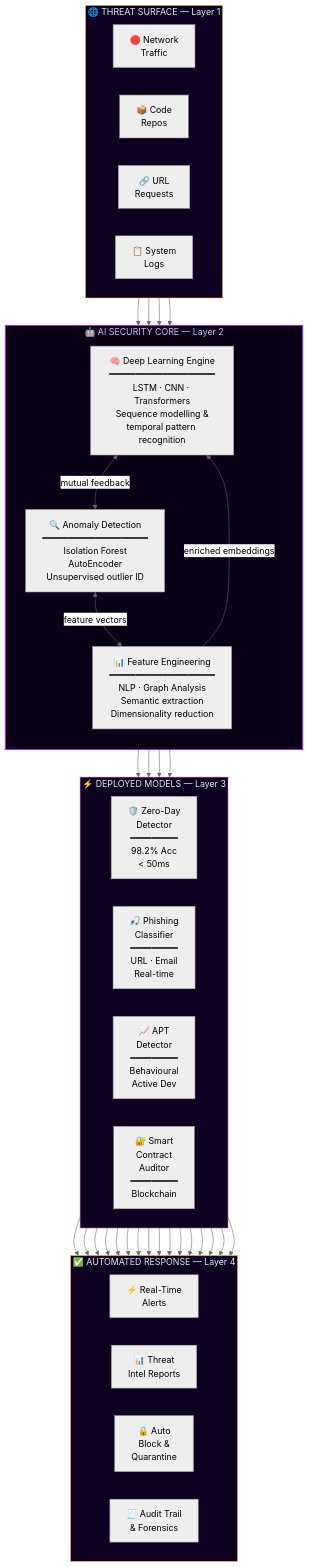
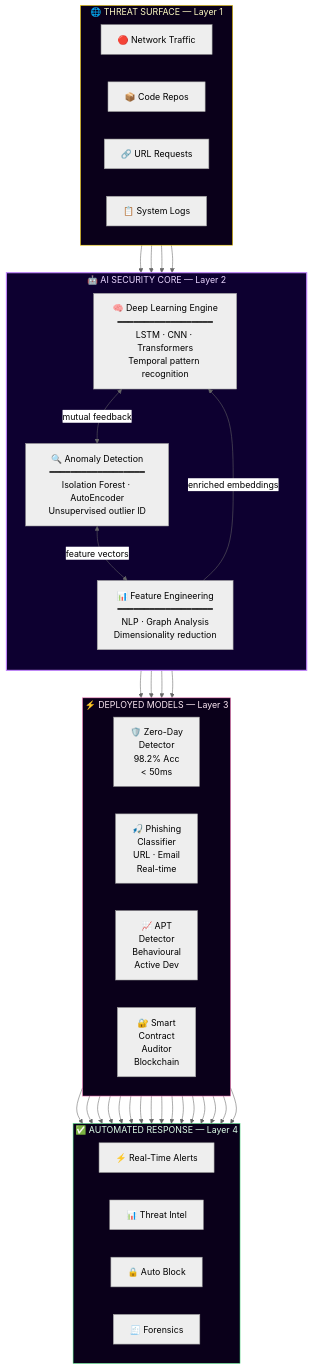
Before and after one commit to LuthandoCandlovu/LuthandoCandlovu: the first of 8 diagrams in README.md, drawn with Mermaid (neutral theme). The commit also changed other lines of this file, not shown here.

````diff
--- a/README.md
+++ b/README.md
@@ -223,45 +401,45 @@
 ```mermaid
 graph TB
     subgraph INGEST["🌐 THREAT SURFACE — Layer 1"]
         direction LR
-        A["🔴 Network<br/>Traffic"]
-        B["📦 Code<br/>Repos"]
-        C["🔗 URL<br/>Requests"]
-        D["📋 System<br/>Logs"]
+        A["🔴 Network Traffic"]
+        B["📦 Code Repos"]
+        C["🔗 URL Requests"]
+        D["📋 System Logs"]
     end
 
     subgraph CORE["🤖 AI SECURITY CORE — Layer 2"]
         direction TB
-        E["🧠 Deep Learning Engine<br/>━━━━━━━━━━━━━━━━━━━━<br/>LSTM · CNN · Transformers<br/>Sequence modelling &<br/>temporal pattern recognition"]
-        F["🔍 Anomaly Detection<br/>━━━━━━━━━━━━━━━━━━━━<br/>Isolation Forest<br/>AutoEncoder<br/>Unsupervised outlier ID"]
-        G["📊 Feature Engineering<br/>━━━━━━━━━━━━━━━━━━━━<br/>NLP · Graph Analysis<br/>Semantic extraction<br/>Dimensionality reduction"]
+        E["🧠 Deep Learning Engine<br/>━━━━━━━━━━━━━━━━━━<br/>LSTM · CNN · Transformers<br/>Temporal pattern recognition"]
+        F["🔍 Anomaly Detection<br/>━━━━━━━━━━━━━━━━━━<br/>Isolation Forest · AutoEncoder<br/>Unsupervised outlier ID"]
+        G["📊 Feature Engineering<br/>━━━━━━━━━━━━━━━━━━<br/>NLP · Graph Analysis<br/>Dimensionality reduction"]
         E <-->|"mutual feedback"| F
         F <-->|"feature vectors"| G
         G -->|"enriched embeddings"| E
     end
 
     subgraph MODELS["⚡ DEPLOYED MODELS — Layer 3"]
         direction LR
-        H["🛡️ Zero-Day<br/>Detector<br/>━━━━━━━━━<br/>98.2% Acc<br/>< 50ms"]
-        I["🎣 Phishing<br/>Classifier<br/>━━━━━━━━━<br/>URL · Email<br/>Real-time"]
-        J["📈 APT<br/>Detector<br/>━━━━━━━━━<br/>Behavioural<br/>Active Dev"]
-        K["🔐 Smart<br/>Contract<br/>Auditor<br/>━━━━━━━━━<br/>Blockchain"]
+        H["🛡️ Zero-Day<br/>Detector<br/>98.2% Acc<br/>< 50ms"]
+        I["🎣 Phishing<br/>Classifier<br/>URL · Email<br/>Real-time"]
+        J["📈 APT<br/>Detector<br/>Behavioural<br/>Active Dev"]
+        K["🔐 Smart<br/>Contract<br/>Auditor<br/>Blockchain"]
     end
 
     subgraph RESPONSE["✅ AUTOMATED RESPONSE — Layer 4"]
         direction LR
-        L["⚡ Real-Time<br/>Alerts"]
-        M["📊 Threat<br/>Intel Reports"]
-        N["🔒 Auto<br/>Block &<br/>Quarantine"]
-        O["🧾 Audit Trail<br/>& Forensics"]
+        L["⚡ Real-Time Alerts"]
+        M["📊 Threat Intel"]
+        N["🔒 Auto Block"]
+        O["🧾 Forensics"]
     end
 
     A & B & C & D --> CORE
     CORE --> H & I & J & K
     H & I & J & K --> L & M & N & O
 
-    style CORE fill:#0a0015,stroke:#9333EA,stroke-width:2px,color:#d4b3ff
-    style INGEST fill:#0d0020,stroke:#FFB347,stroke-width:1px,color:#e2e8f0
-    style MODELS fill:#0d0020,stroke:#F472B6,stroke-width:1px,color:#e2e8f0
-    style RESPONSE fill:#0d0020,stroke:#FFB347,stroke-width:1px,color:#e2e8f0
+    style CORE fill:#0d0030,stroke:#c084fc,stroke-width:2px,color:#e9d5ff
+    style INGEST fill:#0a001a,stroke:#FFD700,stroke-width:1px,color:#fef9c3
+    style MODELS fill:#0a001a,stroke:#f472b6,stroke-width:1px,color:#fce7f3
+    style RESPONSE fill:#0a001a,stroke:#4ADE80,stroke-width:1px,color:#dcfce7
 ```
````
